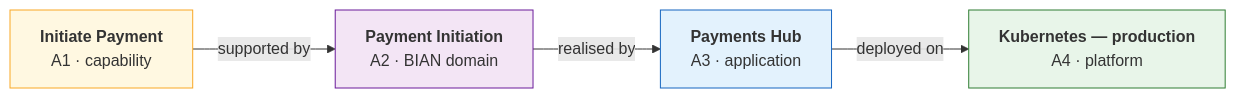
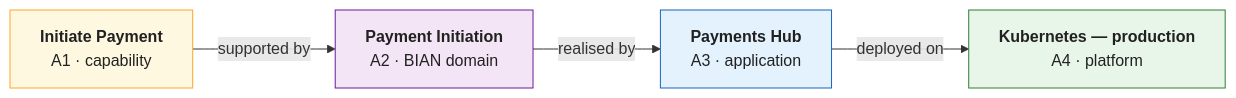
One commit to taumoeps/bian-sdem-framework changed the fifth of 9 diagrams in README.md. Above: the diagram before and after it, drawn with Mermaid. The commit also changed other lines of this file and 1 other file, not shown here.

Commit message:
README: the tools diagram as one left-to-right flow with the commands on its steps; every coloured diagram box sets its text colour (readable in GitHub's dark theme)

````diff
--- a/README.md
+++ b/README.md
@@ -153,14 +139,14 @@
 ```mermaid
 flowchart LR
     A["<b>Initiate Payment</b><br/>A1 · capability"] -->|"supported by"| B["<b>Payment Initiation</b><br/>A2 · BIAN domain"]
     B -->|"realised by"| C["<b>Payments Hub</b><br/>A3 · application"]
     C -->|"deployed on"| D["<b>Kubernetes — production</b><br/>A4 · platform"]
-    classDef a1 fill:#FFF8E1,stroke:#F9A825
-    classDef a2 fill:#F3E5F5,stroke:#6A1B9A
-    classDef a3 fill:#E3F2FD,stroke:#1565C0
-    classDef a4 fill:#E8F5E9,stroke:#2E7D32
+    classDef a1 fill:#FFF8E1,stroke:#F9A825,color:#212121
+    classDef a2 fill:#F3E5F5,stroke:#6A1B9A,color:#212121
+    classDef a3 fill:#E3F2FD,stroke:#1565C0,color:#212121
+    classDef a4 fill:#E8F5E9,stroke:#2E7D32,color:#212121
     class A a1
     class B a2
     class C a3
     class D a4
 ```
````
